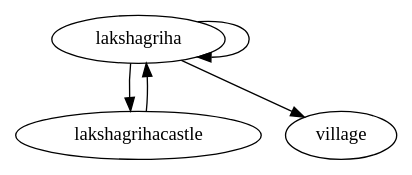
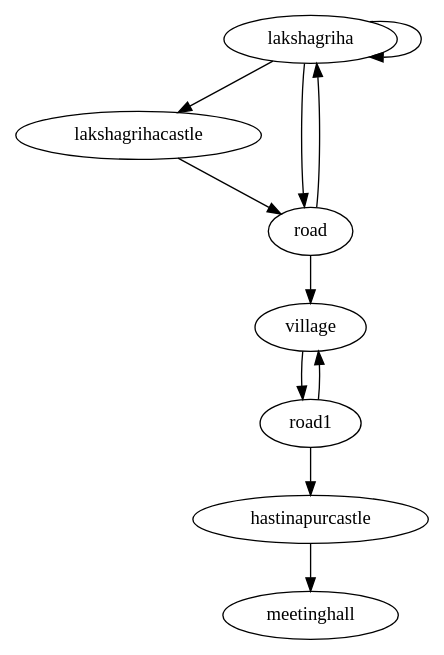
Before and after one commit to sanskarlather/Full-Time-adventures-of-a-part-time-librarian: the diagram in map.gv, drawn with Graphviz. The commit also changed 7 other files, not shown here.

```diff
--- a/map.gv
+++ b/map.gv
@@ -1,10 +1,22 @@
 digraph map {
 	lakshagriha
  -> lakshagriha
 	lakshagriha
  -> lakshagrihacastle
 	lakshagrihacastle
+ -> road
+	lakshagriha
+ -> road
+	road
  -> lakshagriha
-	lakshagriha
+	road
  -> village
+	village
+ -> road1
+	road1
+ -> hastinapurcastle
+	road1
+ -> village
+	hastinapurcastle
+ -> meetinghall
 }
```
